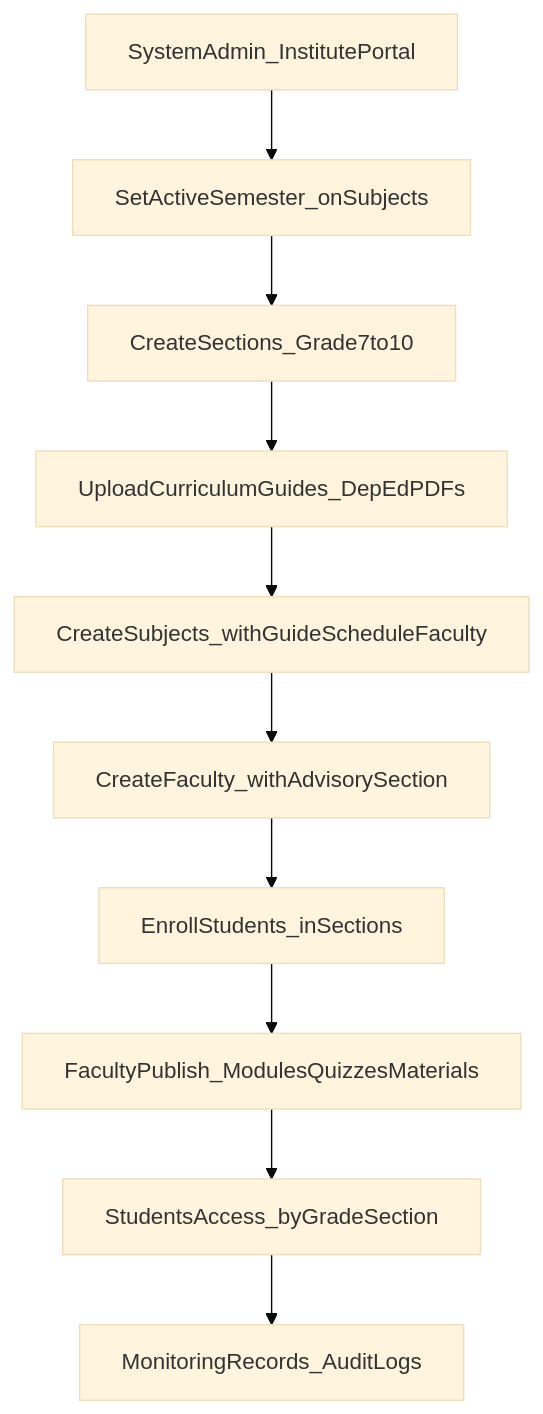
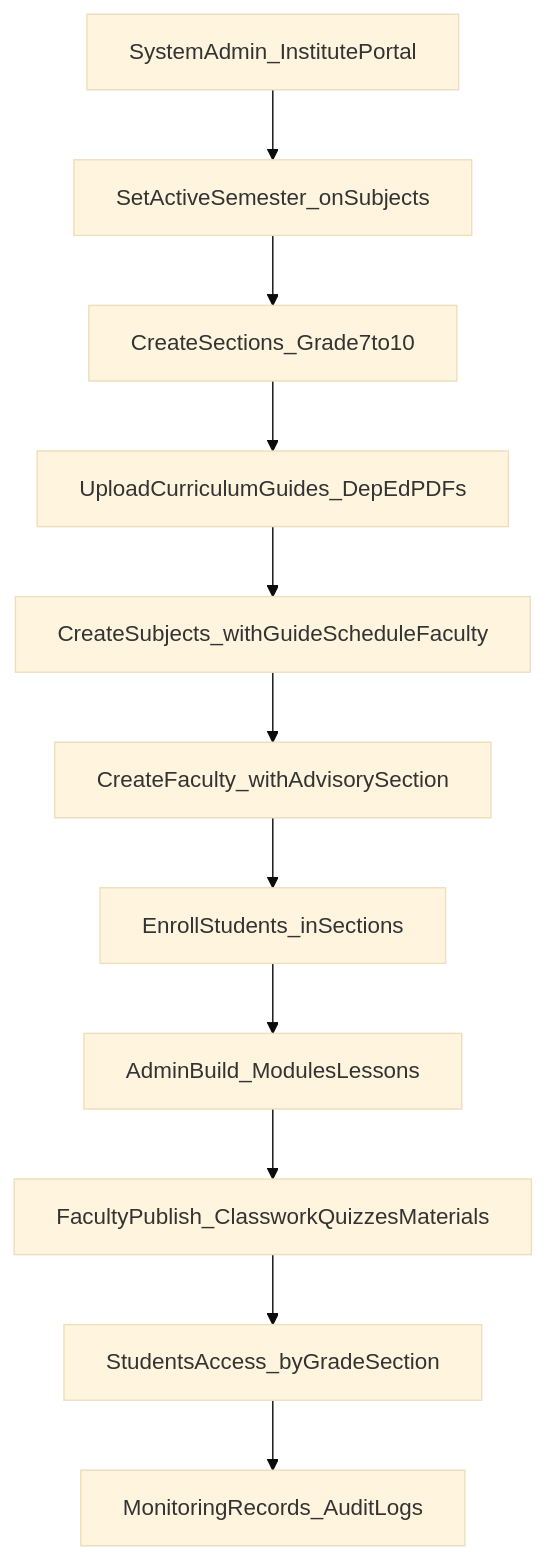
The first of 2 diagrams in docs/defense/Glendale_Process_Flow_and_IRP.md (Derek-web-del/Rem), drawn with Mermaid (base theme) before and after one commit. The commit also changed other lines of this file and 29 other files, not shown here.

````diff
--- a/docs/defense/Glendale_Process_Flow_and_IRP.md
+++ b/docs/defense/Glendale_Process_Flow_and_IRP.md
@@ -11,12 +11,13 @@
 ```mermaid
 flowchart TD
   adminStart[SystemAdmin_InstitutePortal] --> schoolYear[SetActiveSemester_onSubjects]
   schoolYear --> sections[CreateSections_Grade7to10]
   sections --> curriculum[UploadCurriculumGuides_DepEdPDFs]
   curriculum --> subjects[CreateSubjects_withGuideScheduleFaculty]
   subjects --> faculty[CreateFaculty_withAdvisorySection]
   faculty --> students[EnrollStudents_inSections]
-  students --> facultyPublish[FacultyPublish_ModulesQuizzesMaterials]
+  students --> adminModules[AdminBuild_ModulesLessons]
+  adminModules --> facultyPublish[FacultyPublish_ClassworkQuizzesMaterials]
   facultyPublish --> studentUse[StudentsAccess_byGradeSection]
   studentUse --> audit[MonitoringRecords_AuditLogs]
 ```
````
